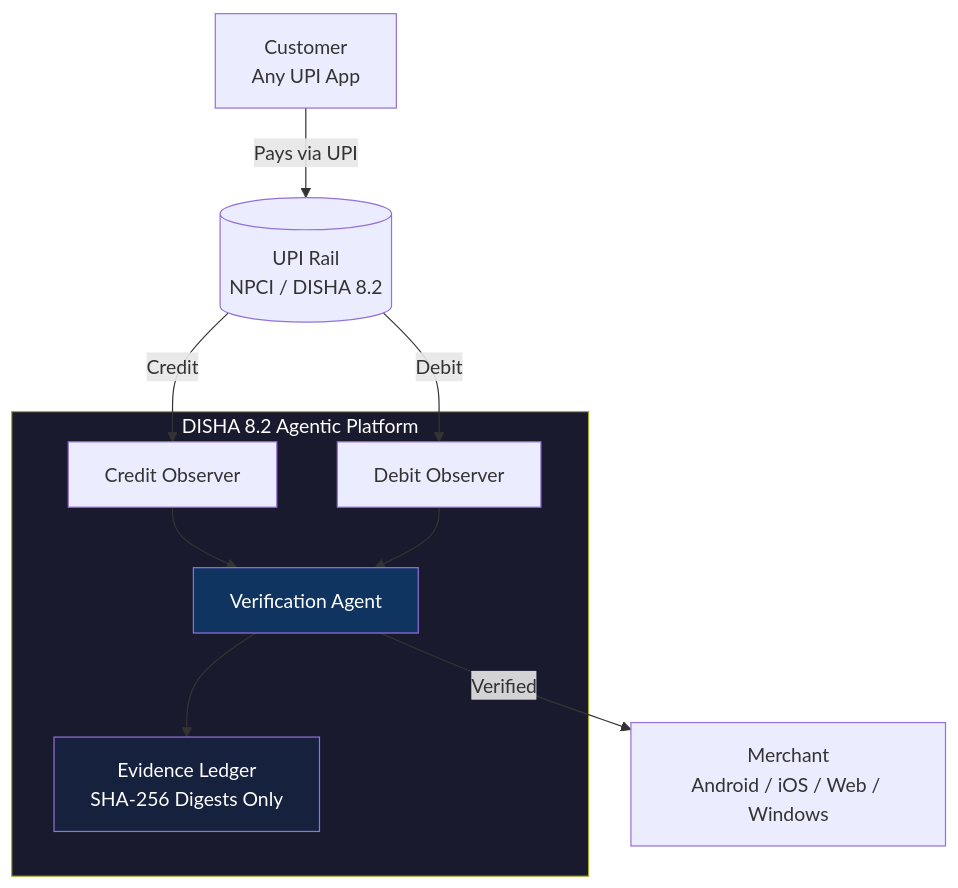
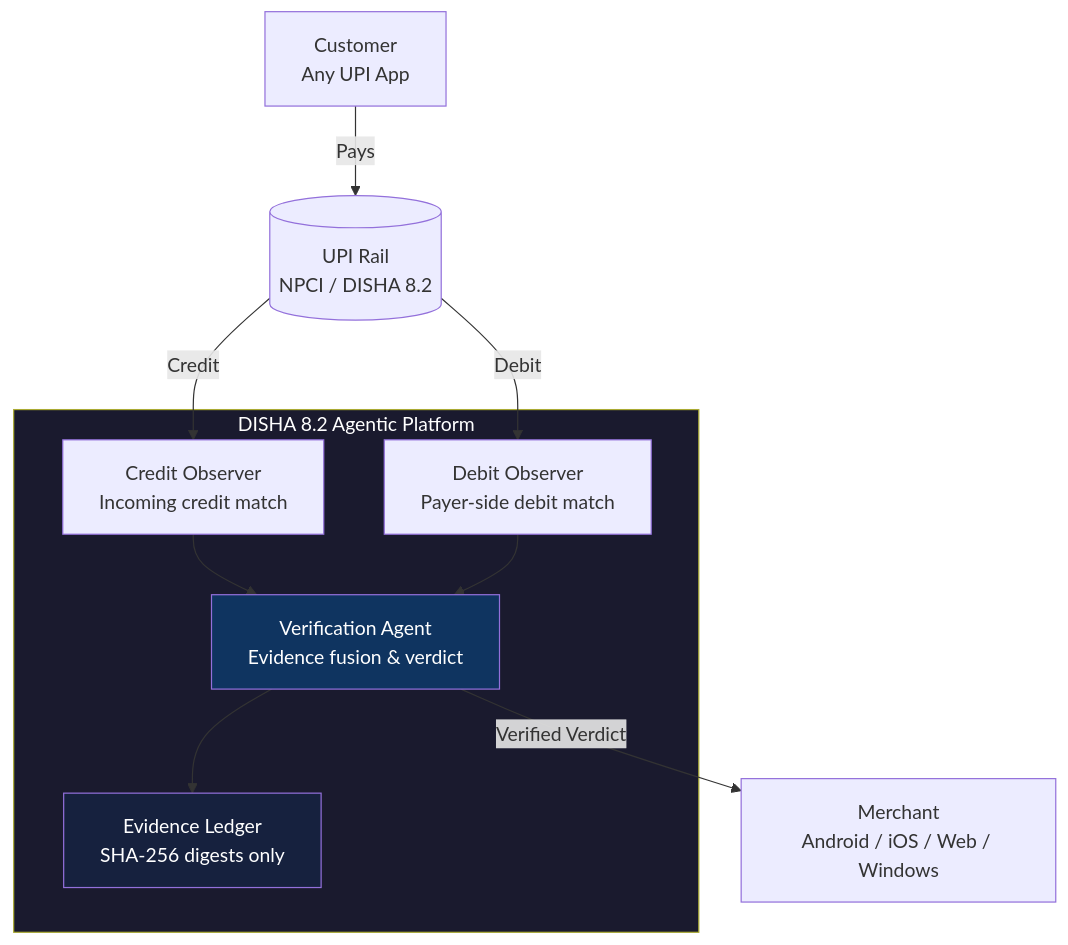
The second of 3 diagrams in README.md (Tashima-Tarsh/checkout), drawn with Mermaid before and after one commit. The commit also changed other lines of this file, not shown here.

````diff
--- a/README.md
+++ b/README.md
@@ -50,31 +80,26 @@
 ```mermaid
 flowchart TD
-    %% Customer side
     C[Customer<br/>Any UPI App]
-    
-    %% Merchant side
     M[Merchant<br/>Android / iOS / Web / Windows]
     
-    %% DISHA Platform
     subgraph DISHA["DISHA 8.2 Agentic Platform"]
-        CO[Credit Observer]
-        DO[Debit Observer]
-        VA[Verification Agent]
-        EL[Evidence Ledger<br/>SHA-256 Digests Only]
+        CO[Credit Observer<br/>Incoming credit match]
+        DO[Debit Observer<br/>Payer-side debit match]
+        VA[Verification Agent<br/>Evidence fusion & verdict]
+        EL[Evidence Ledger<br/>SHA-256 digests only]
     end
     
-    %% UPI Rail
     UPI[(UPI Rail<br/>NPCI / DISHA 8.2)]
     
-    C -->|Pays via UPI| UPI
+    C -->|Pays| UPI
     UPI -->|Credit| CO
     UPI -->|Debit| DO
     CO --> VA
     DO --> VA
     VA --> EL
-    VA -->|Verified| M
+    VA -->|Verified Verdict| M
     
     style DISHA fill:#1a1a2e,color:#fff
     style VA fill:#0f3460,color:#fff
     style EL fill:#16213e,color:#fff
 ```
````
